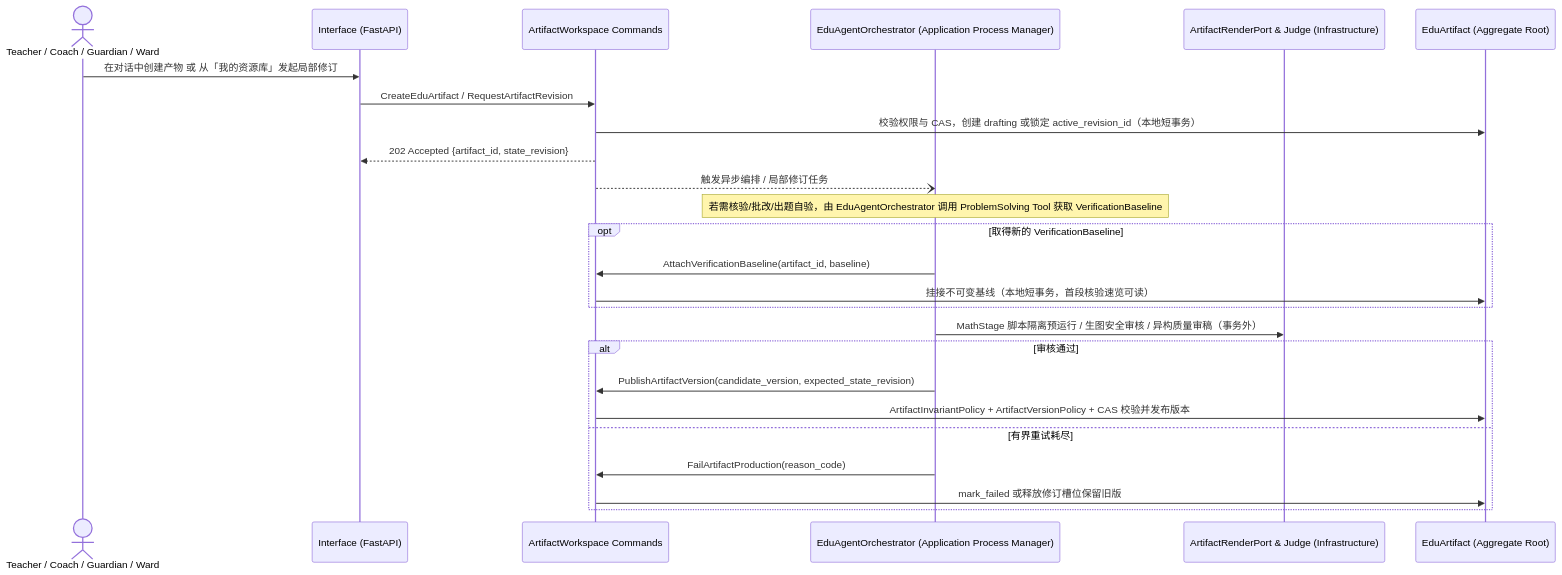
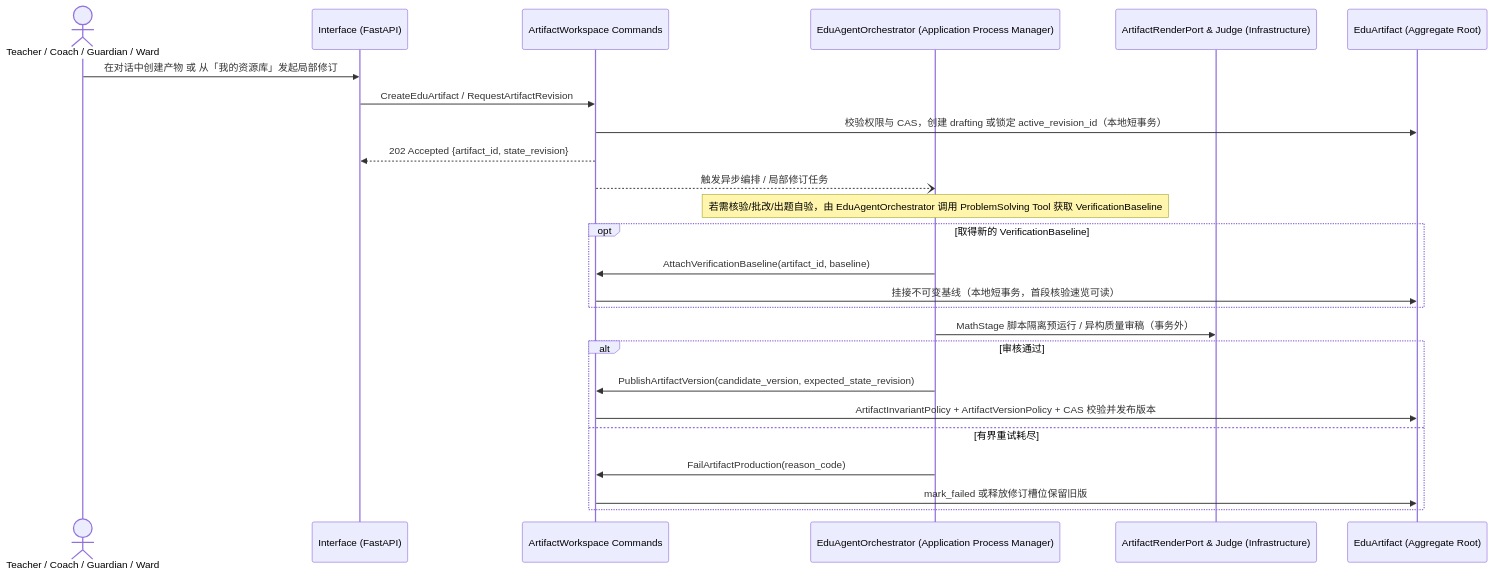
The fourth of 6 diagrams in docs/technical/domain-artifact-workspace.md (johanchow/duxue), drawn with Mermaid before and after one commit. The commit also changed other lines of this file and 12 other files, not shown here.

````diff
--- a/docs/technical/domain-artifact-workspace.md
+++ b/docs/technical/domain-artifact-workspace.md
@@ -198,30 +198,30 @@
 ```mermaid
 sequenceDiagram
     actor U as Teacher / Coach / Guardian / Ward
     participant IF as Interface (FastAPI)
     participant CMD as ArtifactWorkspace Commands
     participant PM as EduAgentOrchestrator (Application Process Manager)
     participant RN as ArtifactRenderPort & Judge (Infrastructure)
     participant AGG as EduArtifact (Aggregate Root)
 
     U->>IF: 在对话中创建产物 或 从「我的资源库」发起局部修订
     IF->>CMD: CreateEduArtifact / RequestArtifactRevision
     CMD->>AGG: 校验权限与 CAS，创建 drafting 或锁定 active_revision_id（本地短事务）
     CMD-->>IF: 202 Accepted {artifact_id, state_revision}
     CMD--)PM: 触发异步编排 / 局部修订任务
 
     Note over PM: 若需核验/批改/出题自验，由 EduAgentOrchestrator 调用 ProblemSolving Tool 获取 VerificationBaseline
     opt 取得新的 VerificationBaseline
         PM->>CMD: AttachVerificationBaseline(artifact_id, baseline)
         CMD->>AGG: 挂接不可变基线（本地短事务，首段核验速览可读）
     end
 
-    PM->>RN: MathStage 脚本隔离预运行 / 生图安全审核 / 异构质量审稿（事务外）
+    PM->>RN: MathStage 脚本隔离预运行 / 异构质量审稿（事务外）
     alt 审核通过
         PM->>CMD: PublishArtifactVersion(candidate_version, expected_state_revision)
         CMD->>AGG: ArtifactInvariantPolicy + ArtifactVersionPolicy + CAS 校验并发布版本
     else 有界重试耗尽
         PM->>CMD: FailArtifactProduction(reason_code)
         CMD->>AGG: mark_failed 或释放修订槽位保留旧版
     end
 ```
````
